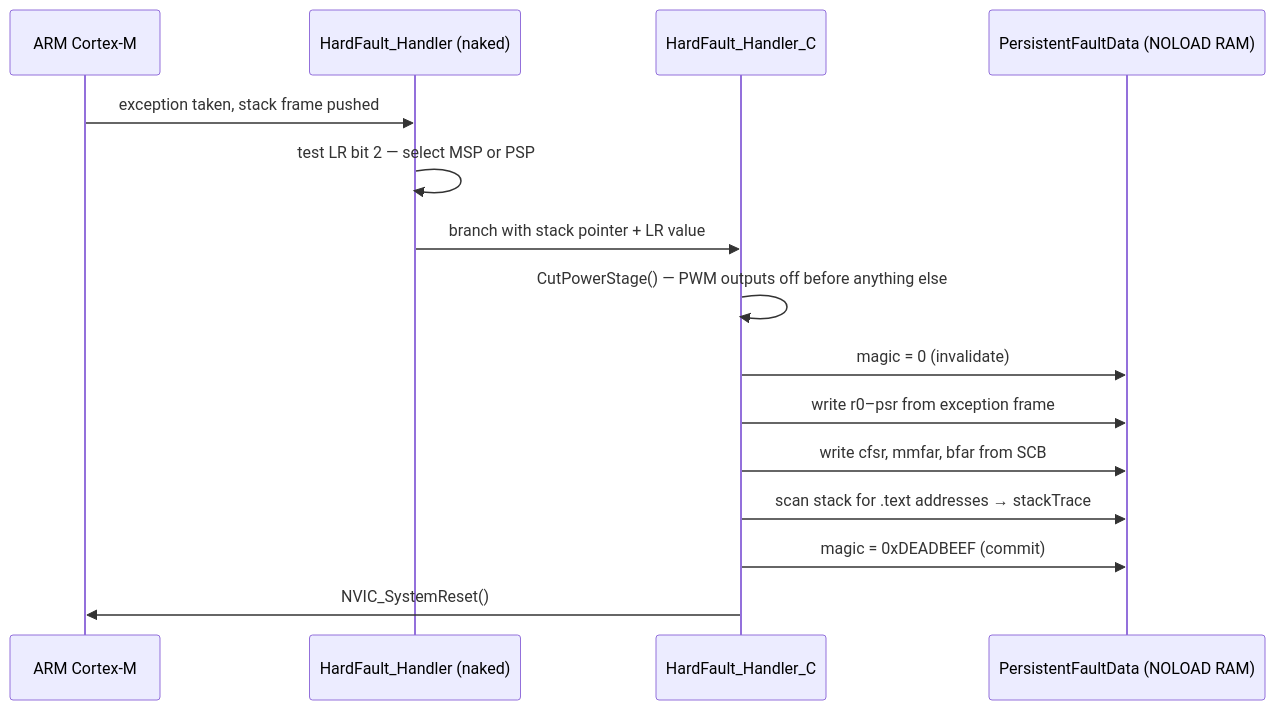
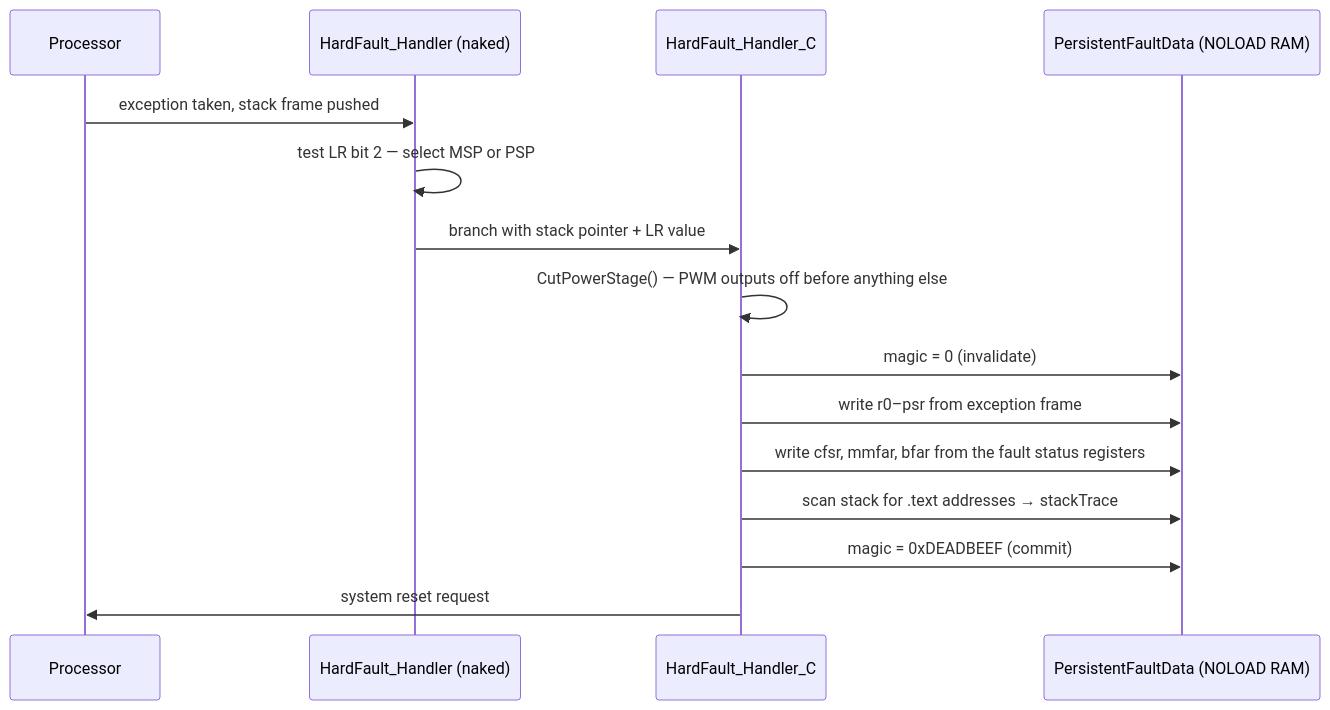
Before and after one commit to embedded-pro/e-foc: the third of 3 diagrams in documentation/design/error-handling.md, drawn with Mermaid. The commit also changed other lines of this file and 79 other files, not shown here.

````diff
--- a/documentation/design/error-handling.md
+++ b/documentation/design/error-handling.md
@@ -319,18 +311,18 @@
 ```mermaid
 sequenceDiagram
-    participant CPU as ARM Cortex-M
+    participant CPU as Processor
     participant Asm as HardFault_Handler (naked)
     participant C as HardFault_Handler_C
     participant PFD as PersistentFaultData (NOLOAD RAM)
 
     CPU->>Asm: exception taken, stack frame pushed
     Asm->>Asm: test LR bit 2 — select MSP or PSP
     Asm->>C: branch with stack pointer + LR value
     C->>C: CutPowerStage() — PWM outputs off before anything else
     C->>PFD: magic = 0  (invalidate)
     C->>PFD: write r0–psr from exception frame
-    C->>PFD: write cfsr, mmfar, bfar from SCB
+    C->>PFD: write cfsr, mmfar, bfar from the fault status registers
     C->>PFD: scan stack for .text addresses → stackTrace
     C->>PFD: magic = 0xDEADBEEF  (commit)
-    C->>CPU: NVIC_SystemReset()
+    C->>CPU: system reset request
 ```
````
